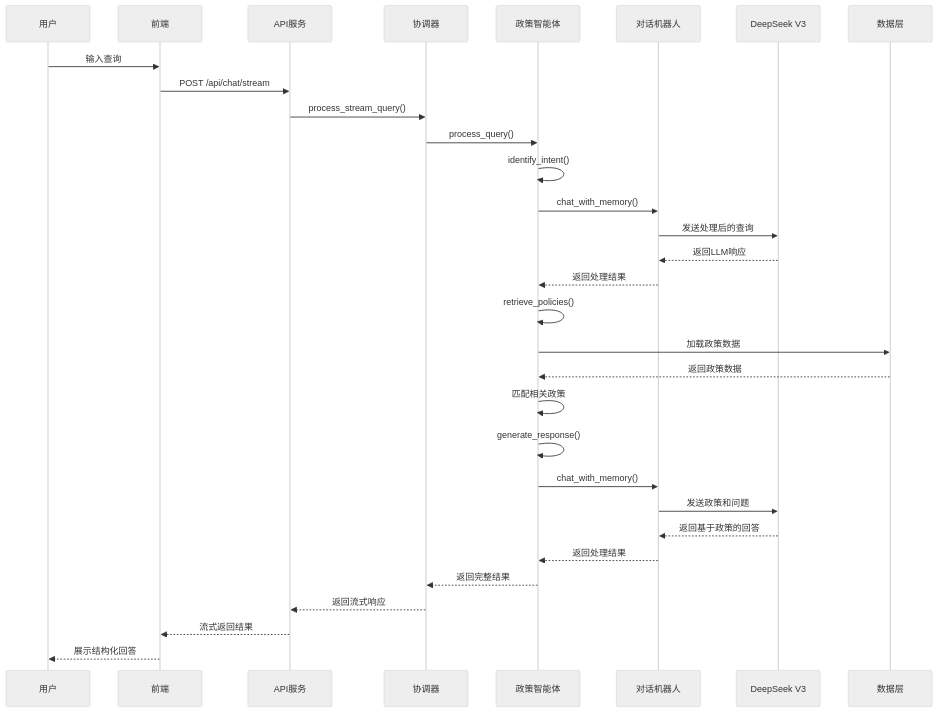
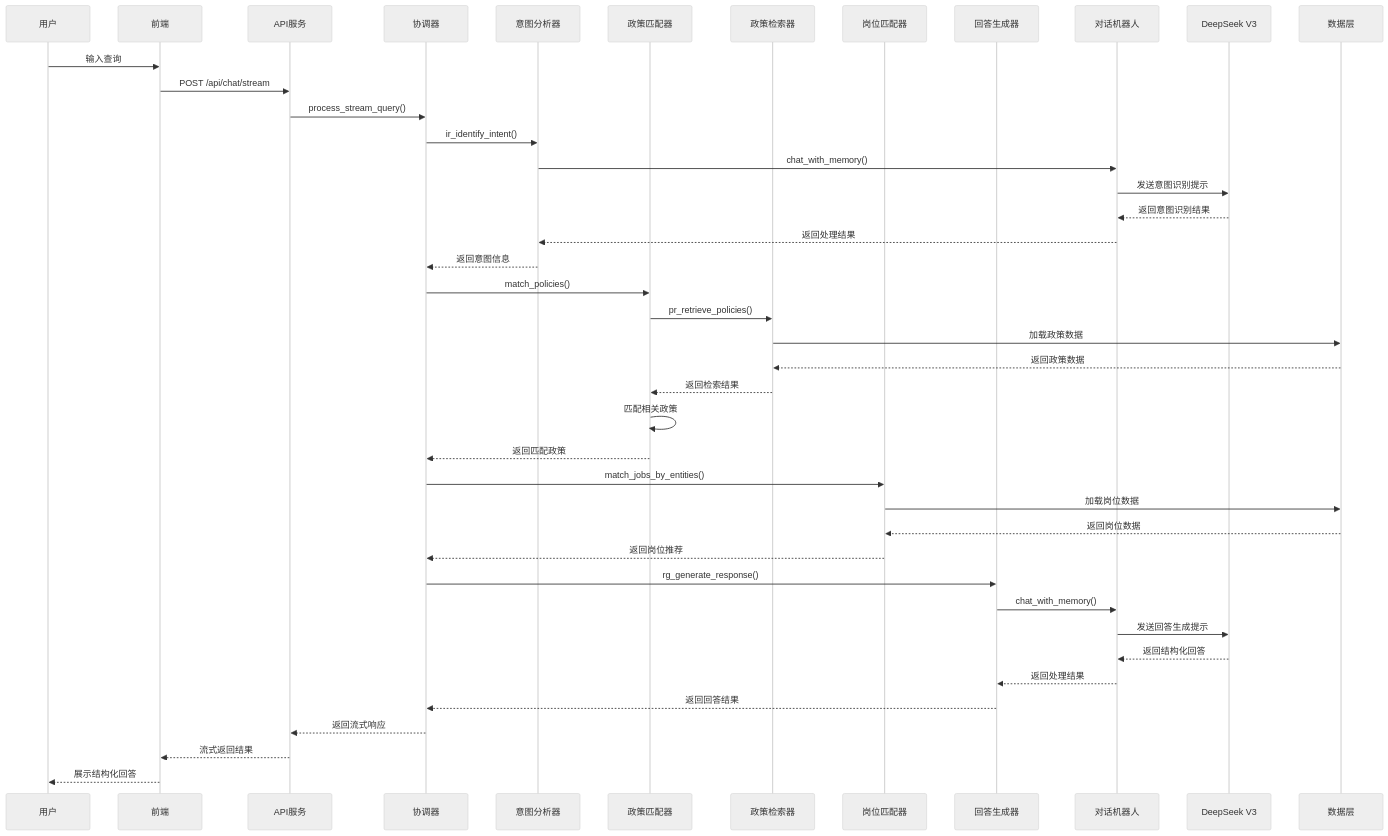
The first of 3 diagrams in doc/04_工程过程/03_系统设计/01_概要设计/project_architecture_plan.md (tianyong0618/policiespoc), drawn with Mermaid (neutral theme) before and after one commit. The commit also changed other lines of this file and 1 other file, not shown here.

````diff
--- a/doc/04_工程过程/03_系统设计/01_概要设计/project_architecture_plan.md
+++ b/doc/04_工程过程/03_系统设计/01_概要设计/project_architecture_plan.md
@@ -91,38 +109,49 @@
 ```mermaid
 sequenceDiagram
     participant User as 用户
     participant Frontend as 前端
     participant API as API服务
     participant Orchestrator as 协调器
-    participant PolicyMatcher as 政策智能体
+    participant IntentAnalyzer as 意图分析器
+    participant PolicyMatcher as 政策匹配器
+    participant PolicyRetriever as 政策检索器
+    participant JobMatcher as 岗位匹配器
+    participant ResponseGenerator as 回答生成器
     participant ChatBot as 对话机器人
     participant LLM as DeepSeek V3
     participant Data as 数据层
 
     User->>Frontend: 输入查询
     Frontend->>API: POST /api/chat/stream
     API->>Orchestrator: process_stream_query()
-    Orchestrator->>PolicyMatcher: process_query()
-    PolicyMatcher->>PolicyMatcher: identify_intent()
-    PolicyMatcher->>ChatBot: chat_with_memory()
+    Orchestrator->>IntentAnalyzer: ir_identify_intent()
+    IntentAnalyzer->>ChatBot: chat_with_memory()
     
-    ChatBot->>LLM: 发送处理后的查询
-    LLM-->>ChatBot: 返回LLM响应
+    ChatBot->>LLM: 发送意图识别提示
+    LLM-->>ChatBot: 返回意图识别结果
     
-    ChatBot-->>PolicyMatcher: 返回处理结果
-    PolicyMatcher->>PolicyMatcher: retrieve_policies()
-    PolicyMatcher->>Data: 加载政策数据
-    Data-->>PolicyMatcher: 返回政策数据
+    ChatBot-->>IntentAnalyzer: 返回处理结果
+    IntentAnalyzer-->>Orchestrator: 返回意图信息
+    Orchestrator->>PolicyMatcher: match_policies()
+    PolicyMatcher->>PolicyRetriever: pr_retrieve_policies()
+    PolicyRetriever->>Data: 加载政策数据
+    Data-->>PolicyRetriever: 返回政策数据
+    PolicyRetriever-->>PolicyMatcher: 返回检索结果
     PolicyMatcher->>PolicyMatcher: 匹配相关政策
-    PolicyMatcher->>PolicyMatcher: generate_response()
-    PolicyMatcher->>ChatBot: chat_with_memory()
+    PolicyMatcher-->>Orchestrator: 返回匹配政策
+    Orchestrator->>JobMatcher: match_jobs_by_entities()
+    JobMatcher->>Data: 加载岗位数据
+    Data-->>JobMatcher: 返回岗位数据
+    JobMatcher-->>Orchestrator: 返回岗位推荐
+    Orchestrator->>ResponseGenerator: rg_generate_response()
+    ResponseGenerator->>ChatBot: chat_with_memory()
     
-    ChatBot->>LLM: 发送政策和问题
-    LLM-->>ChatBot: 返回基于政策的回答
+    ChatBot->>LLM: 发送回答生成提示
+    LLM-->>ChatBot: 返回结构化回答
     
-    ChatBot-->>PolicyMatcher: 返回处理结果
-    PolicyMatcher-->>Orchestrator: 返回完整结果
+    ChatBot-->>ResponseGenerator: 返回处理结果
+    ResponseGenerator-->>Orchestrator: 返回回答结果
     Orchestrator-->>API: 返回流式响应
     API-->>Frontend: 流式返回结果
     Frontend-->>User: 展示结构化回答
 ```
````
